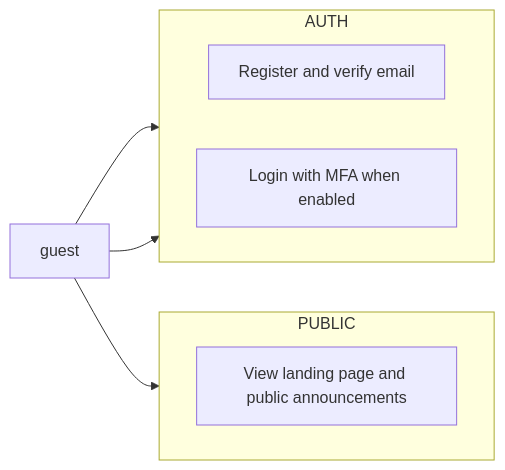
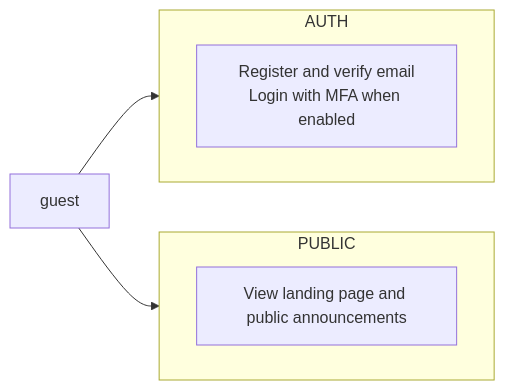
The first of 10 diagrams in docs/diagrams/02-use-case-diagram.md (urlsalimbot/THESIS1-KAPWA), drawn with Mermaid before and after one commit. The commit also changed other lines of this file, not shown here.

Commit message:
docs: pair each role's category-grouped use case diagram with its description on one letter page

````diff
--- a/docs/diagrams/02-use-case-diagram.md
+++ b/docs/diagrams/02-use-case-diagram.md
@@ -42,19 +42,17 @@
 ```mermaid
 flowchart LR
     G["guest"]
 
     subgraph Public[PUBLIC]
         direction LR
         G1["View landing page and public announcements"]
     end
 
     subgraph Auth[AUTH]
         direction LR
-        G2["Register and verify email"]
-        G3["Login with MFA when enabled"]
+        G2["Register and verify email<br/>Login with MFA when enabled"]
     end
 
     G --> G1
     G --> G2
-    G --> G3
 ```
````
